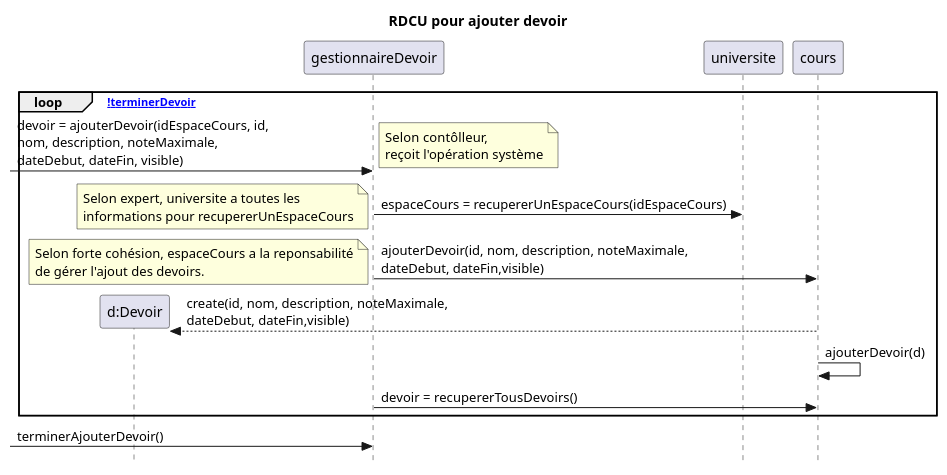
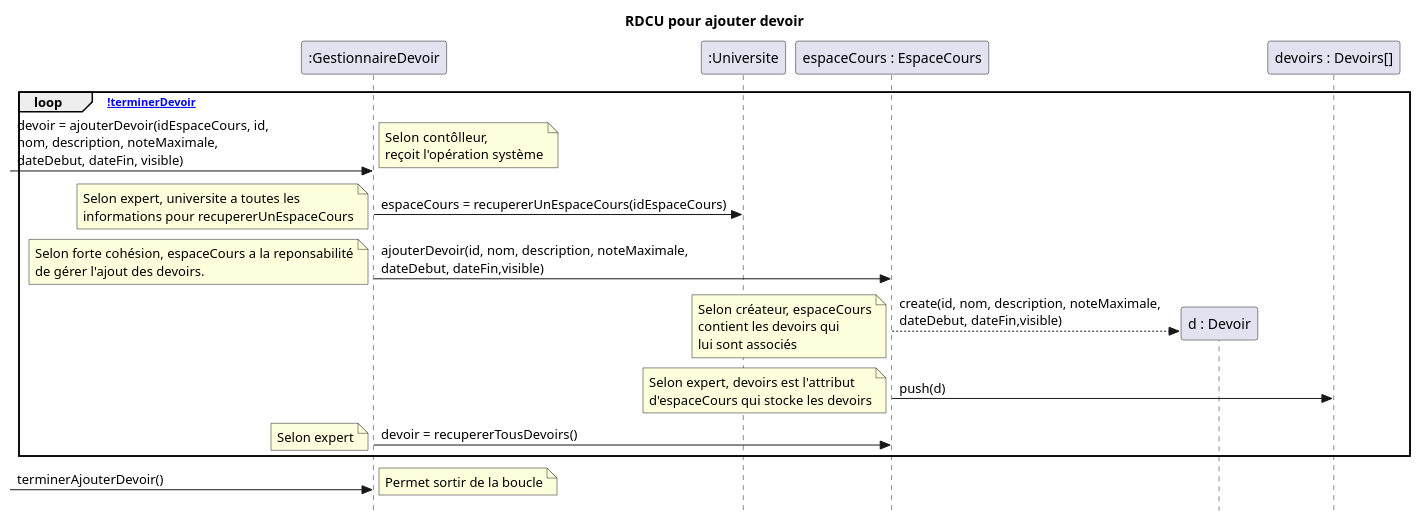
Before and after one commit to nerdz88/SGA-TS: the second of 2 diagrams in docs/Ajouter devoir/RDCU_Ajouter_Devoir.puml, drawn with PlantUML. The commit also changed other lines of this file and 18 other files, not shown here.

Commit message:
doc AjouterDevoir

```diff
--- a/docs/Ajouter devoir/RDCU_Ajouter_Devoir.puml
+++ b/docs/Ajouter devoir/RDCU_Ajouter_Devoir.puml
@@ -1,21 +17,28 @@
-@startuml ajouterQuestionOld
+@startuml ajouterDevoir
 skinparam style strictuml
 skinparam defaultfontname Verdana
 title RDCU pour ajouter devoir
-participant "d:Devoir" as devoir
-
+participant ":GestionnaireDevoir" as gestionnaireDevoir
+participant ":Universite" as universite
+participant "espaceCours : EspaceCours" as cours
+participant "d : Devoir" as devoir
+participant "devoirs : Devoirs[]" as devoirs
 
 loop [!terminerDevoir]
   ->gestionnaireDevoir : devoir = ajouterDevoir(idEspaceCours, id, \nnom, description, noteMaximale,\ndateDebut, dateFin, visible)
   note left : Selon contôlleur,\nreçoit l'opération système 
   gestionnaireDevoir -> universite : espaceCours = recupererUnEspaceCours(idEspaceCours)
   note left : Selon expert, universite a toutes les\ninformations pour recupererUnEspaceCours
   gestionnaireDevoir -> cours : ajouterDevoir(id, nom, description, noteMaximale, \ndateDebut, dateFin,visible)
   note left : Selon forte cohésion, espaceCours a la reponsabilité\nde gérer l'ajout des devoirs.
   cours-->devoir** : create(id, nom, description, noteMaximale, \ndateDebut, dateFin,visible)
-  cours->cours : ajouterDevoir(d)
+  note left : Selon créateur, espaceCours\ncontient les devoirs qui\nlui sont associés
+  cours->devoirs : push(d)
+  note left : Selon expert, devoirs est l'attribut\nd'espaceCours qui stocke les devoirs
   gestionnaireDevoir -> cours : devoir = recupererTousDevoirs()
+  note left : Selon expert
 end
 -> gestionnaireDevoir : terminerAjouterDevoir()
+note left : Permet sortir de la boucle
 
 @enduml
```
